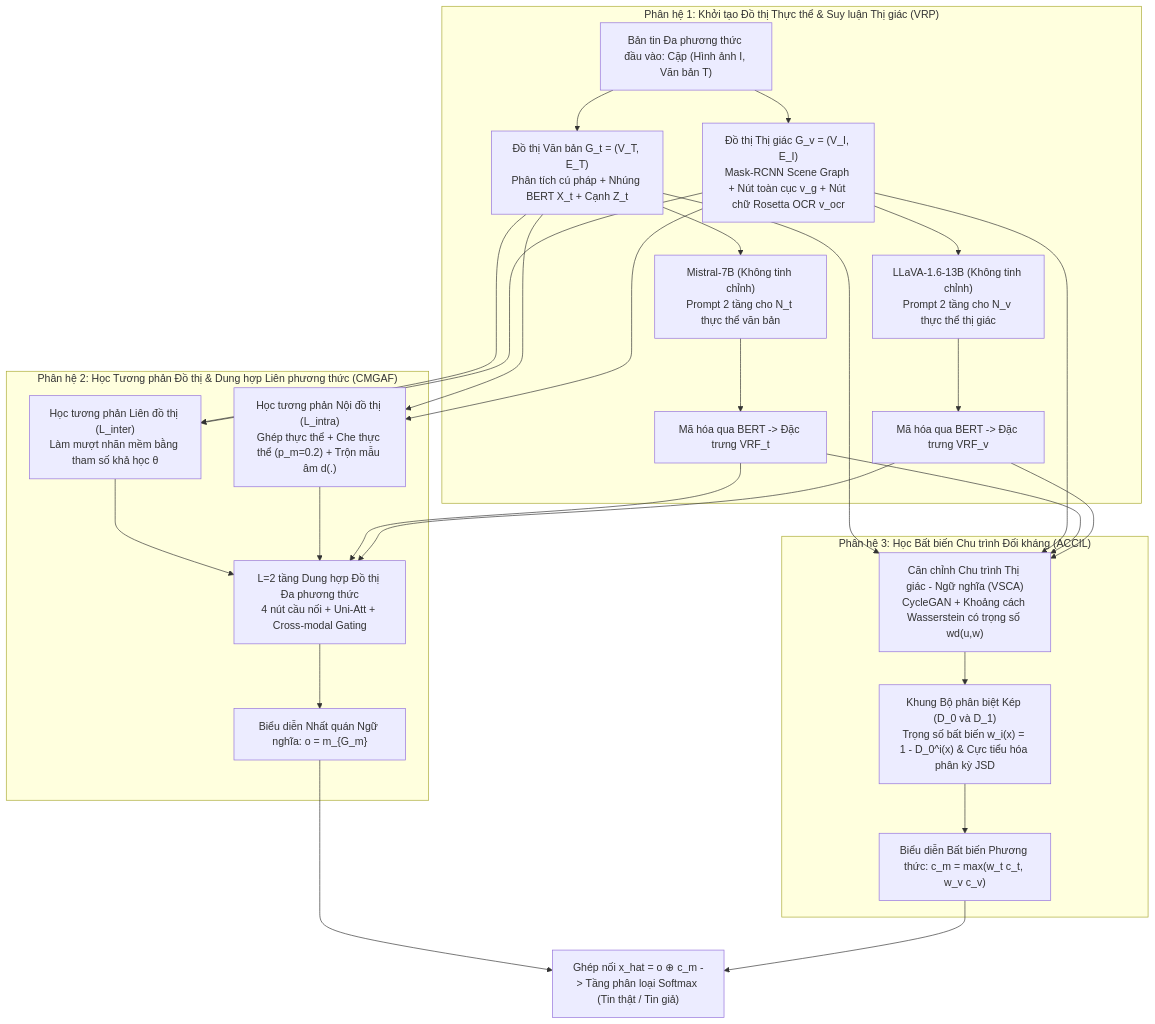
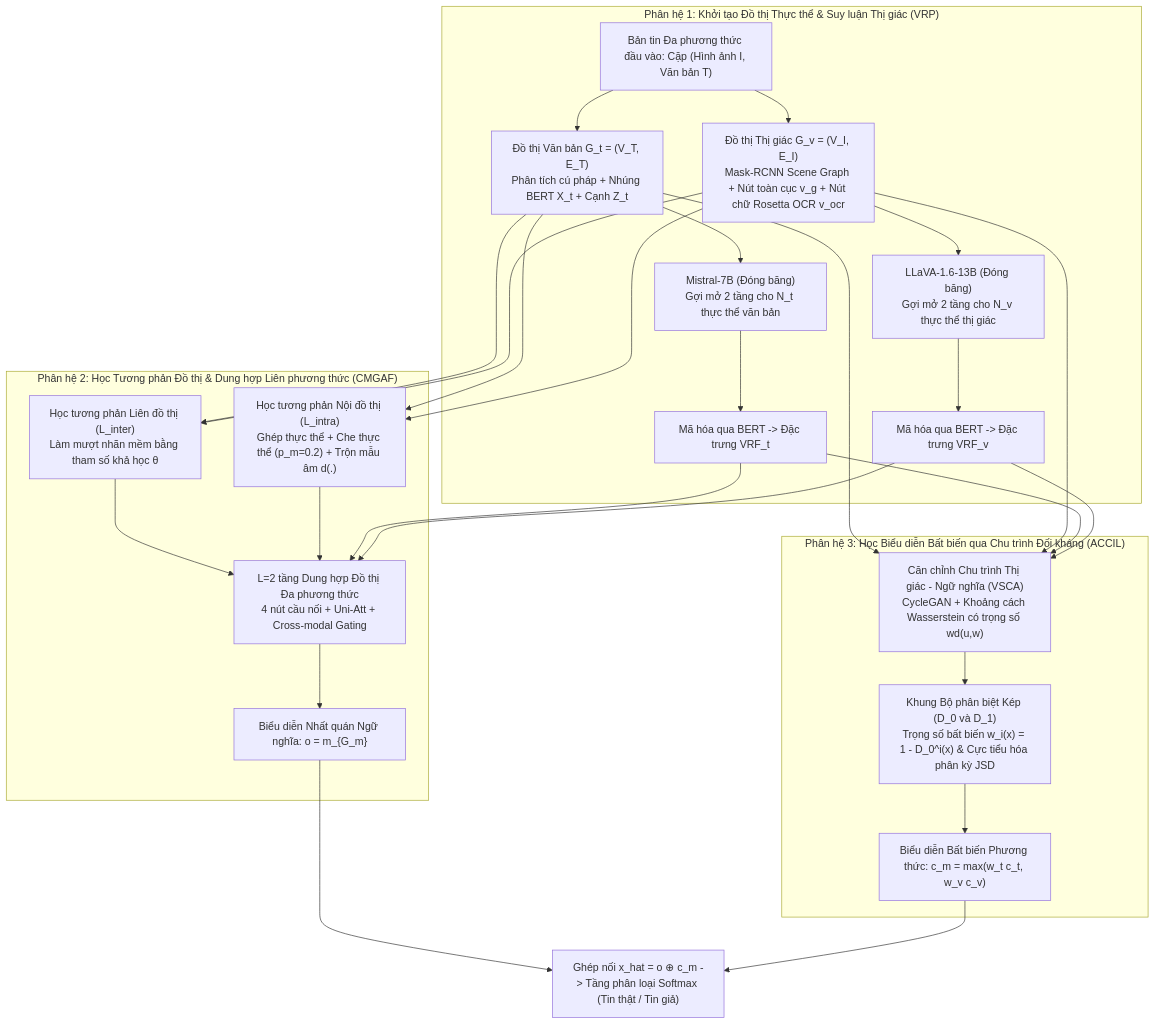
Before and after one commit to linhnnh688/msit-open-world: the third of 3 diagrams in docs/BAO_CAO_KHOA_HOC.md, drawn with Mermaid. The commit also changed other lines of this file and 2 other files, not shown here.

````diff
--- a/docs/BAO_CAO_KHOA_HOC.md
+++ b/docs/BAO_CAO_KHOA_HOC.md
@@ -293,28 +293,28 @@
 ```mermaid
 flowchart TD
     Input["Bản tin Đa phương thức đầu vào: Cặp (Hình ảnh I, Văn bản T)"]
     
     subgraph Mod1["Phân hệ 1: Khởi tạo Đồ thị Thực thể & Suy luận Thị giác (VRP)"]
         Input --> G_t["Đồ thị Văn bản G_t = (V_T, E_T)<br/>Phân tích cú pháp + Nhúng BERT X_t + Cạnh Z_t"]
         Input --> G_v["Đồ thị Thị giác G_v = (V_I, E_I)<br/>Mask-RCNN Scene Graph + Nút toàn cục v_g + Nút chữ Rosetta OCR v_ocr"]
-        G_t --> Mistral["Mistral-7B (Không tinh chỉnh)<br/>Prompt 2 tầng cho N_t thực thể văn bản"]
-        G_v --> LLaVA["LLaVA-1.6-13B (Không tinh chỉnh)<br/>Prompt 2 tầng cho N_v thực thể thị giác"]
+        G_t --> Mistral["Mistral-7B (Đóng băng)<br/>Gợi mở 2 tầng cho N_t thực thể văn bản"]
+        G_v --> LLaVA["LLaVA-1.6-13B (Đóng băng)<br/>Gợi mở 2 tầng cho N_v thực thể thị giác"]
         Mistral --> VRF_t["Mã hóa qua BERT -> Đặc trưng VRF_t"]
         LLaVA --> VRF_v["Mã hóa qua BERT -> Đặc trưng VRF_v"]
     end
 
     subgraph Mod2["Phân hệ 2: Học Tương phản Đồ thị & Dung hợp Liên phương thức (CMGAF)"]
         G_t & G_v --> InterGCL["Học tương phản Liên đồ thị (L_inter)<br/>Làm mượt nhãn mềm bằng tham số khả học θ"]
         G_t & G_v --> IntraGCL["Học tương phản Nội đồ thị (L_intra)<br/>Ghép thực thể + Che thực thể (p_m=0.2) + Trộn mẫu âm d(.)"]
         InterGCL & IntraGCL & VRF_t & VRF_v --> Fusion["L=2 tầng Dung hợp Đồ thị Đa phương thức<br/>4 nút cầu nối + Uni-Att + Cross-modal Gating"]
         Fusion --> Rep_o["Biểu diễn Nhất quán Ngữ nghĩa: o = m_{G_m}"]
     end
 
-    subgraph Mod3["Phân hệ 3: Học Bất biến Chu trình Đối kháng (ACCIL)"]
+    subgraph Mod3["Phân hệ 3: Học Biểu diễn Bất biến qua Chu trình Đối kháng (ACCIL)"]
         G_t & G_v & VRF_t & VRF_v --> VSCA["Căn chỉnh Chu trình Thị giác - Ngữ nghĩa (VSCA)<br/>CycleGAN + Khoảng cách Wasserstein có trọng số wd(u,w)"]
         VSCA --> DualD["Khung Bộ phân biệt Kép (D_0 và D_1)<br/>Trọng số bất biến w_i(x) = 1 - D_0^i(x) & Cực tiểu hóa phân kỳ JSD"]
         DualD --> Rep_cm["Biểu diễn Bất biến Phương thức: c_m = max(w_t c_t, w_v c_v)"]
     end
 
     Rep_o & Rep_cm --> Classifier["Ghép nối x_hat = o ⊕ c_m -> Tầng phân loại Softmax (Tin thật / Tin giả)"]
 ```
````
